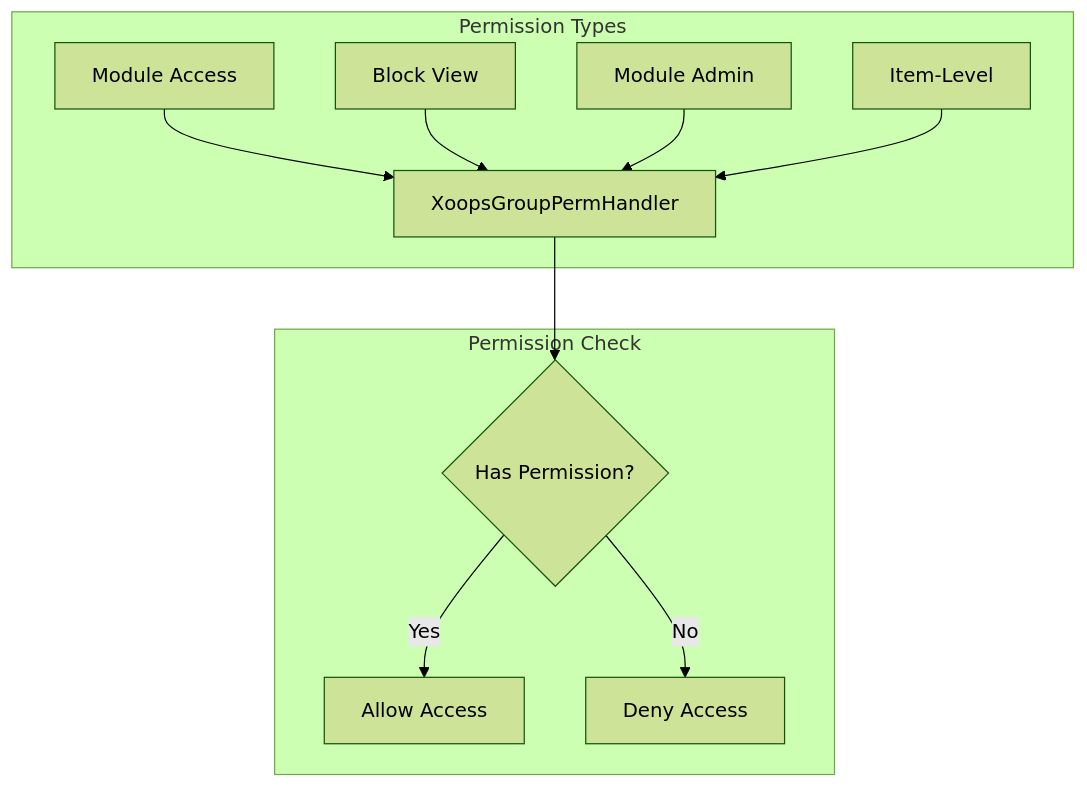
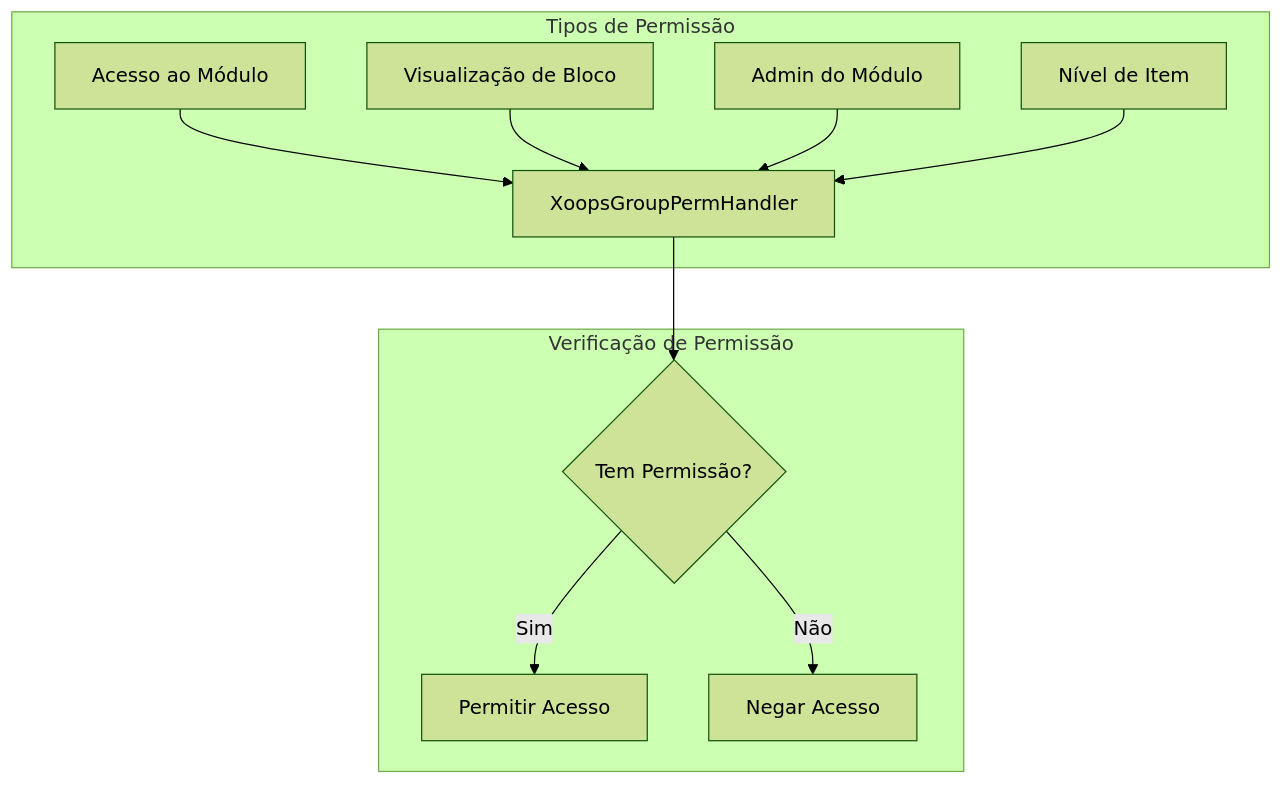
The third of 4 diagrams in apps/docs-27/src/content/docs/pt/api-reference/user/xoops-user.md (mambax7/xoops-docs), drawn with Mermaid (forest theme) before and after one commit. The commit also changed other lines of this file and 162 other files, not shown here.

````diff
--- a/apps/docs-27/src/content/docs/pt/api-reference/user/xoops-user.md
+++ b/apps/docs-27/src/content/docs/pt/api-reference/user/xoops-user.md
@@ -290,15 +290,15 @@
 ```mermaid
 graph TB
-    subgraph "Permission Types"
-        A[Module Access] --> E[XoopsGroupPermHandler]
-        B[Block View] --> E
-        C[Module Admin] --> E
-        D[Item-Level] --> E
+    subgraph "Tipos de Permissão"
+        A[Acesso ao Módulo] --> E[XoopsGroupPermHandler]
+        B[Visualização de Bloco] --> E
+        C[Admin do Módulo] --> E
+        D[Nível de Item] --> E
     end
 
-    subgraph "Permission Check"
-        E --> F{Has Permission?}
-        F -->|Yes| G[Allow Access]
-        F -->|No| H[Deny Access]
+    subgraph "Verificação de Permissão"
+        E --> F{Tem Permissão?}
+        F -->|Sim| G[Permitir Acesso]
+        F -->|Não| H[Negar Acesso]
     end
 ```
````
